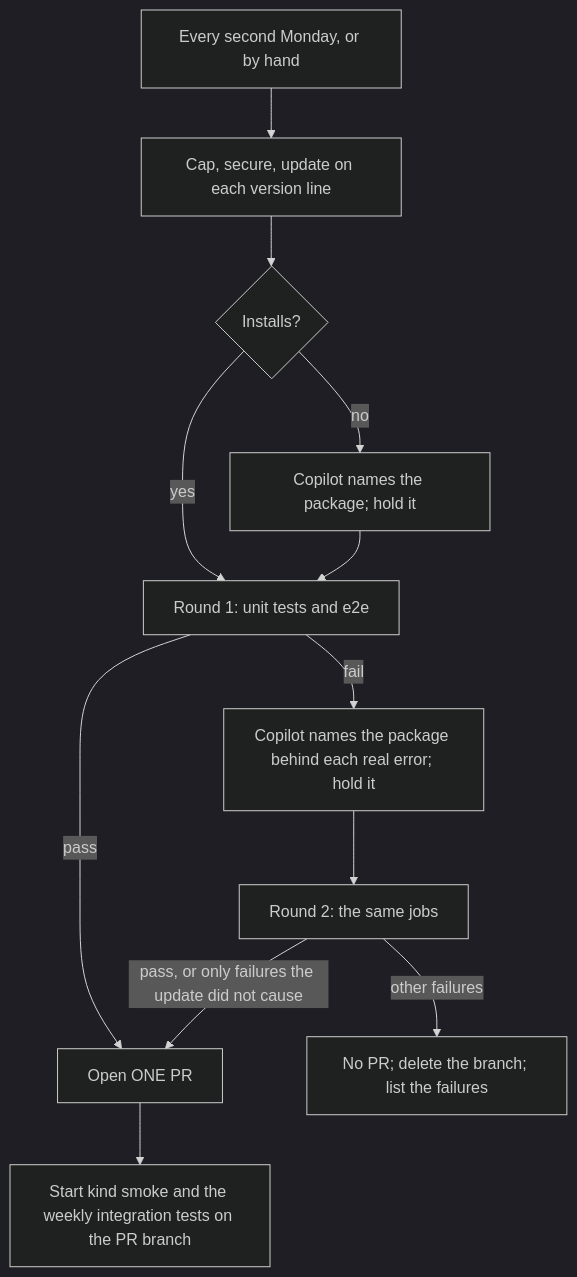
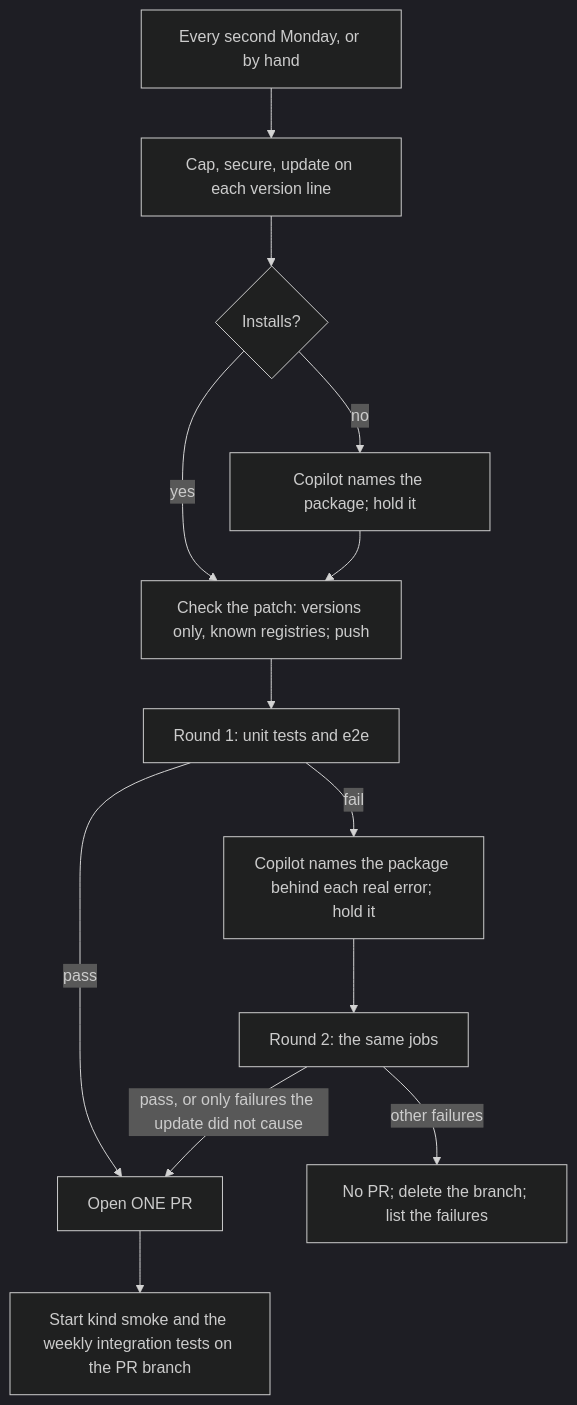
The diagram in docs/specs/659-824-dependency-workflows/design.md (yaalalabs/agent-kernel), drawn with Mermaid (dark theme) before and after one commit. The commit also changed other lines of this file and 4 other files, not shown here.

Commit message:
ci(deps): run package code only in jobs without write tokens; push a checked patch

````diff
--- a/docs/specs/659-824-dependency-workflows/design.md
+++ b/docs/specs/659-824-dependency-workflows/design.md
@@ -20,14 +20,15 @@
 ```mermaid
 flowchart TD
     A[Every second Monday, or by hand] --> B[Cap, secure, update on each version line]
     B --> C{Installs?}
     C -- no --> D[Copilot names the package; hold it]
-    C -- yes --> E
-    D --> E[Round 1: unit tests and e2e]
+    C -- yes --> P
+    D --> P[Check the patch: versions only, known registries; push]
+    P --> E[Round 1: unit tests and e2e]
     E -- pass --> M[Open ONE PR]
     E -- fail --> F[Copilot names the package behind each real error; hold it]
     F --> G[Round 2: the same jobs]
     G -- pass, or only failures the update did not cause --> M
     G -- other failures --> N[No PR; delete the branch; list the failures]
     M --> I[Start kind smoke and the weekly integration tests on the PR branch]
 ```
````
